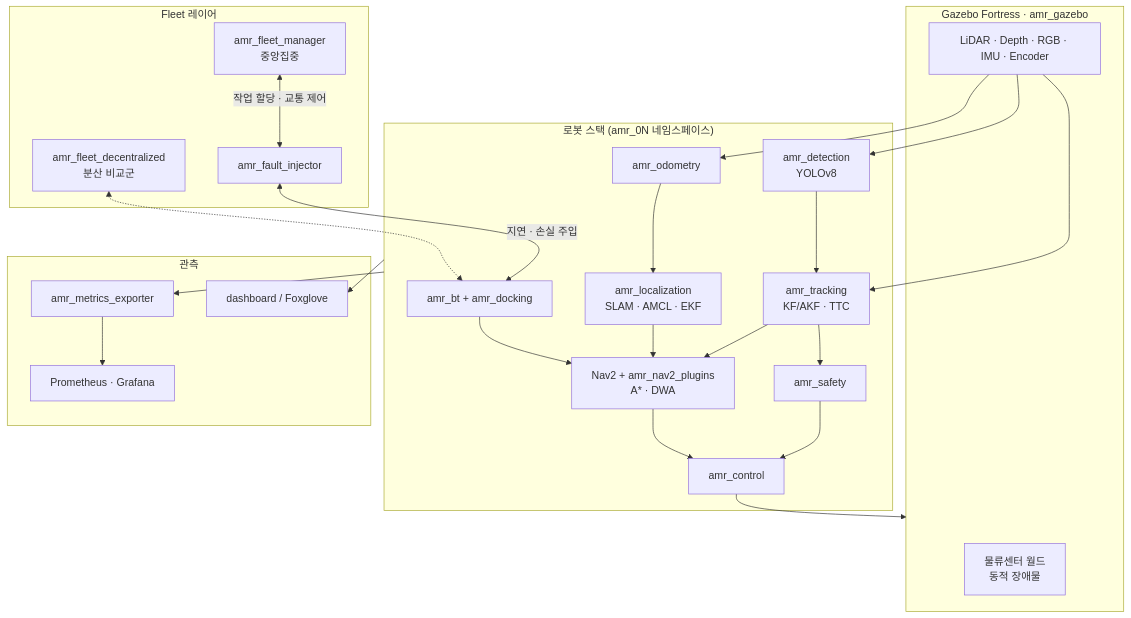
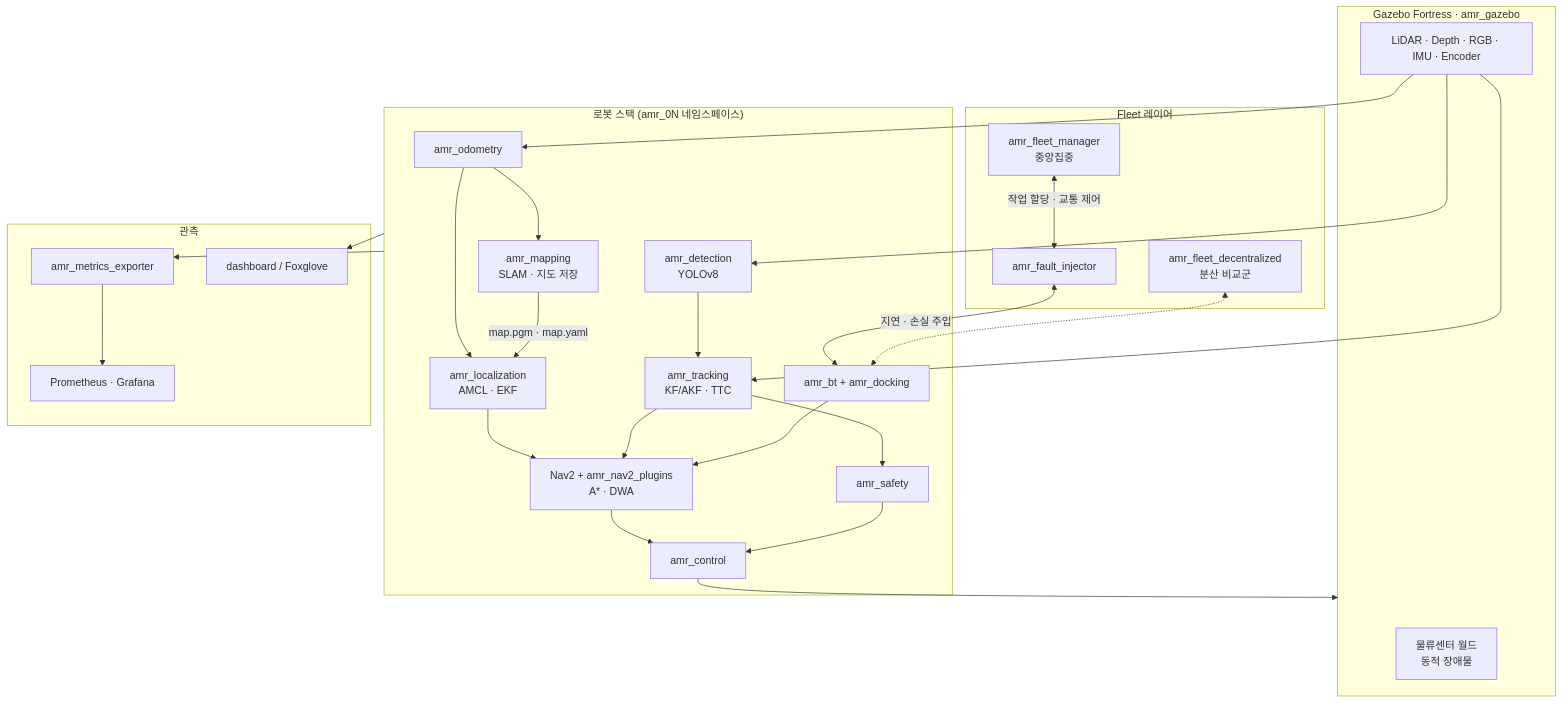
Before and after one commit to 5verflow-sogang/amr-fleet-system: the diagram in docs/architecture.md, drawn with Mermaid. The commit also changed other lines of this file and 20 other files, not shown here.

First line of the commit message:
docs(localization): 매핑·위치추정 분업(지수↔민지) 반영 및 amr_mapping 패키지 추가

````diff
--- a/docs/architecture.md
+++ b/docs/architecture.md
@@ -79,45 +80,47 @@
 ```mermaid
 flowchart TB
   subgraph SIM[Gazebo Fortress · amr_gazebo]
     WORLD[물류센터 월드<br/>동적 장애물]
     SENS[LiDAR · Depth · RGB · IMU · Encoder]
   end
 
   subgraph ROBOT["로봇 스택 (amr_0N 네임스페이스)"]
     ODOM[amr_odometry]
-    LOC[amr_localization<br/>SLAM · AMCL · EKF]
+    MAP[amr_mapping<br/>SLAM · 지도 저장]
+    LOC[amr_localization<br/>AMCL · EKF]
     DET[amr_detection<br/>YOLOv8]
     TRK[amr_tracking<br/>KF/AKF · TTC]
     SAFE[amr_safety]
     NAV[Nav2 + amr_nav2_plugins<br/>A* · DWA]
     CTRL[amr_control]
     BT[amr_bt + amr_docking]
   end
 
   subgraph FLEET[Fleet 레이어]
     FM[amr_fleet_manager<br/>중앙집중]
     FD[amr_fleet_decentralized<br/>분산 비교군]
     FI[amr_fault_injector]
   end
 
   subgraph OBS[관측]
     MET[amr_metrics_exporter]
     PROM[Prometheus · Grafana]
     DASH[dashboard / Foxglove]
   end
 
   SENS --> ODOM --> LOC
+  ODOM --> MAP -->|map.pgm · map.yaml| LOC
   SENS --> DET --> TRK
   SENS --> TRK
   LOC --> NAV
   TRK --> NAV
   TRK --> SAFE
   NAV --> CTRL --> SIM
   SAFE --> CTRL
   BT --> NAV
   FM <-->|작업 할당 · 교통 제어| FI
   FI <-->|지연 · 손실 주입| BT
   FD <-.-> BT
   ROBOT --> MET --> PROM
   ROBOT --> DASH
 ```
````
